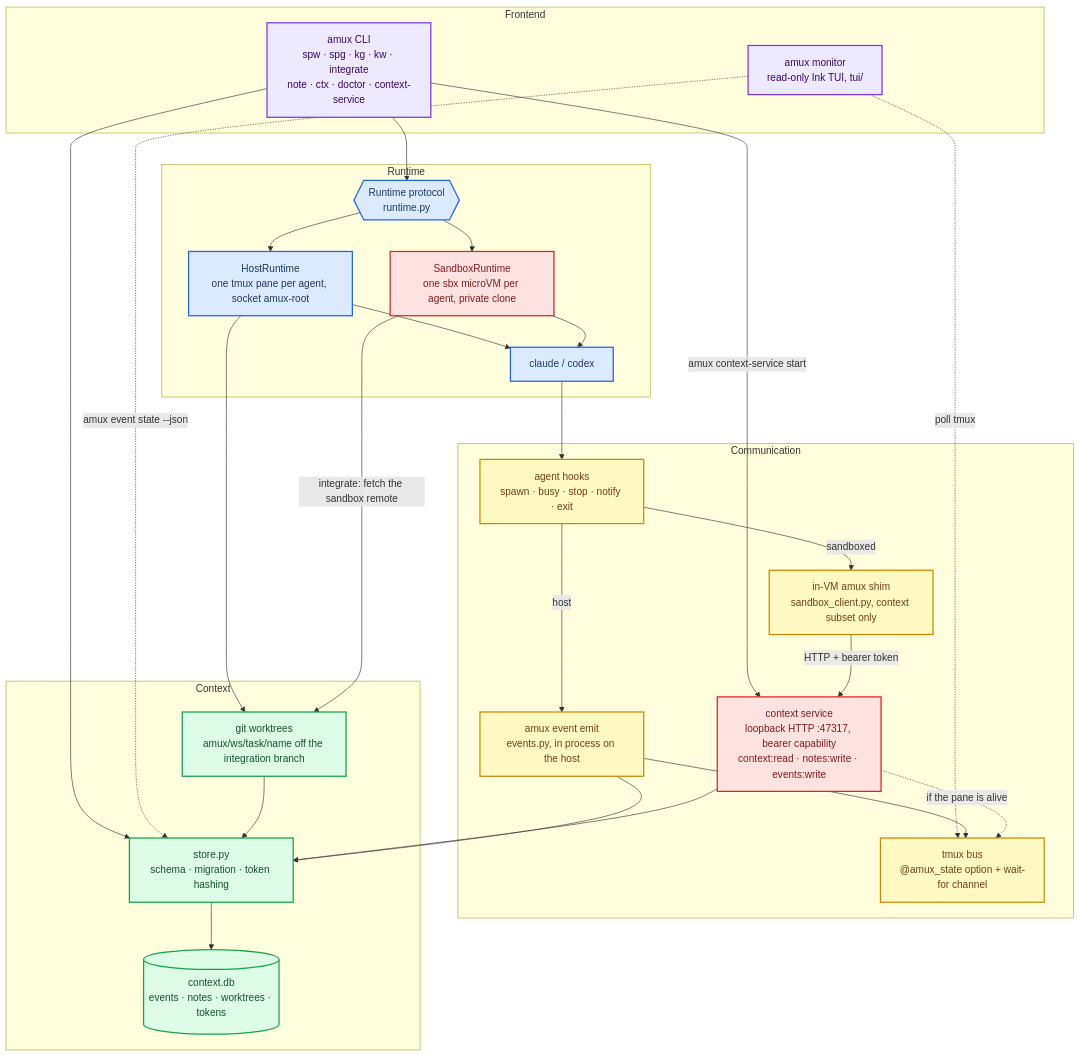
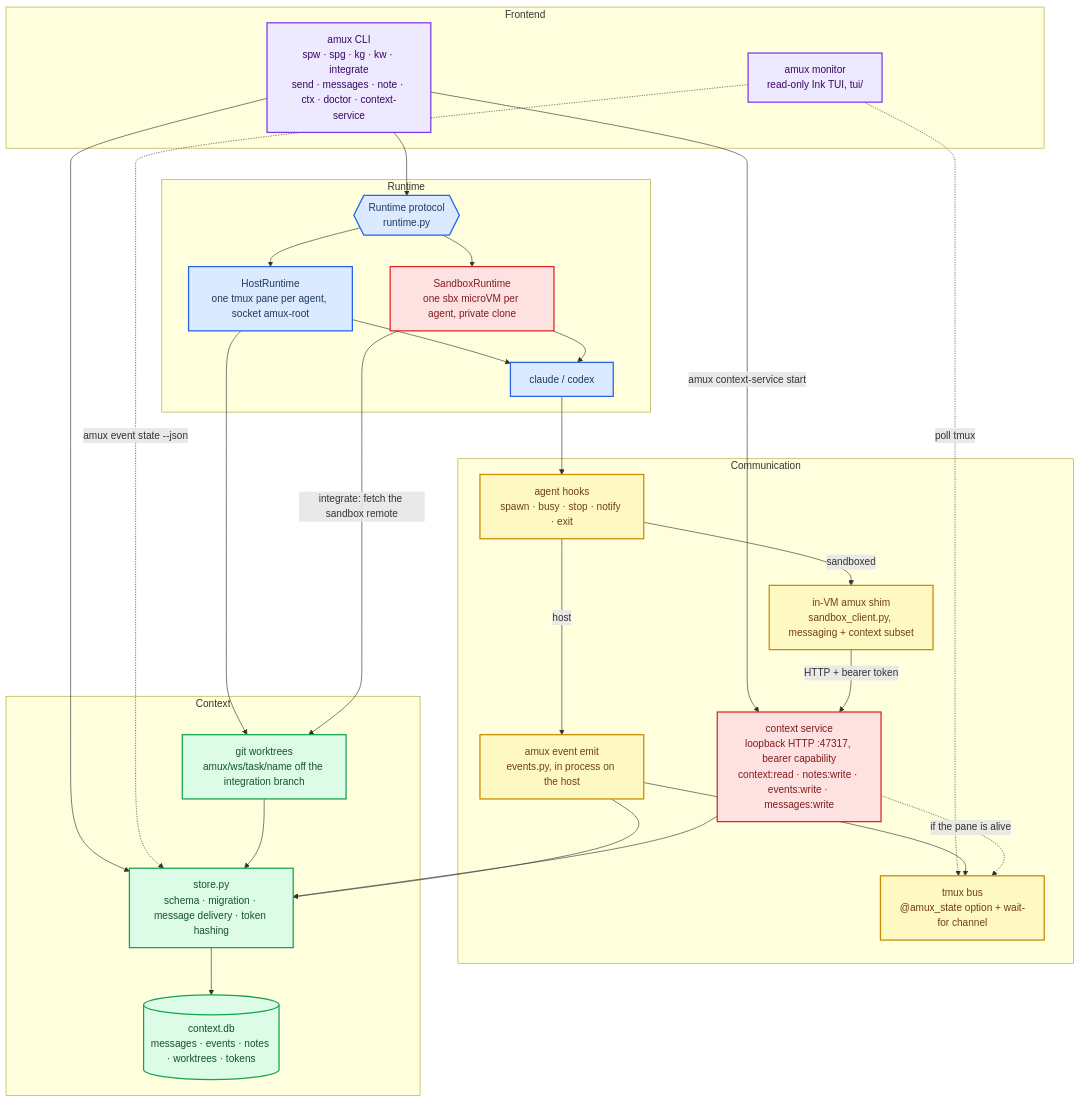
One commit to stanfish06/amux changed the diagram in README.md. Above: the diagram before and after it, drawn with Mermaid. The commit also changed other lines of this file and 1 other file, not shown here.

Commit message:
docs: teach reliable agent messaging

````diff
--- a/README.md
+++ b/README.md
@@ -83,66 +105,66 @@
 ```mermaid
 flowchart TB
     accTitle: amux Layered Architecture
     accDescr: The CLI and monitor TUI drive one of two runtimes, host tmux panes or Docker sandbox microVMs, agents report state either directly or through an authenticated loopback context service, and both paths converge on one host-side context database.
 
     subgraph frontend ["Frontend"]
-        cli["amux CLI<br/>spw · spg · kg · kw · integrate<br/>note · ctx · doctor · context-service"]
+        cli["amux CLI<br/>spw · spg · kg · kw · integrate<br/>send · messages · note · ctx · doctor · context-service"]
         tui["amux monitor<br/>read-only Ink TUI, tui/"]
     end
 
     subgraph runtime ["Runtime"]
         proto{{"Runtime protocol<br/>runtime.py"}}
         host["HostRuntime<br/>one tmux pane per agent, socket amux-root"]
         vm["SandboxRuntime<br/>one sbx microVM per agent, private clone"]
         agent["claude / codex"]
     end
 
     subgraph comms ["Communication"]
         hooks["agent hooks<br/>spawn · busy · stop · notify · exit"]
         emit["amux event emit<br/>events.py, in process on the host"]
-        shim["in-VM amux shim<br/>sandbox_client.py, context subset only"]
-        svc["context service<br/>loopback HTTP :47317, bearer capability<br/>context:read · notes:write · events:write"]
+        shim["in-VM amux shim<br/>sandbox_client.py, messaging + context subset"]
+        svc["context service<br/>loopback HTTP :47317, bearer capability<br/>context:read · notes:write · events:write · messages:write"]
         bus["tmux bus<br/>@amux_state option + wait-for channel"]
     end
 
     subgraph contextl ["Context"]
-        store["store.py<br/>schema · migration · token hashing"]
-        db[("context.db<br/>events · notes · worktrees · tokens")]
+        store["store.py<br/>schema · migration · message delivery · token hashing"]
+        db[("context.db<br/>messages · events · notes · worktrees · tokens")]
         trees["git worktrees<br/>amux/ws/task/name off the integration branch"]
     end
 
     cli --> proto
     cli --> store
     cli -->|"amux context-service start"| svc
     tui -.->|"poll tmux"| bus
     tui -.->|"amux event state --json"| store
     proto --> host
     proto --> vm
     host --> agent
     vm --> agent
     host --> trees
     vm -->|"integrate: fetch the sandbox remote"| trees
     trees --> store
 
     agent --> hooks
     hooks -->|host| emit
     hooks -->|sandboxed| shim
     shim -->|"HTTP + bearer token"| svc
     svc --> store
     emit --> store
     emit --> bus
     svc -.->|"if the pane is alive"| bus
     store --> db
 
     classDef frontend_style fill:#ede9fe,stroke:#7c3aed,stroke-width:2px,color:#3b0764
     classDef runtime_style fill:#dbeafe,stroke:#2563eb,stroke-width:2px,color:#1e3a5f
     classDef comms_style fill:#fef9c3,stroke:#ca8a04,stroke-width:2px,color:#713f12
     classDef context_style fill:#dcfce7,stroke:#16a34a,stroke-width:2px,color:#14532d
     classDef guard_style fill:#fee2e2,stroke:#dc2626,stroke-width:2px,color:#7f1d1d
 
     class cli,tui frontend_style
     class proto,host,agent runtime_style
     class hooks,emit,shim,bus comms_style
     class store,db,trees context_style
     class vm,svc guard_style
 ```
````
